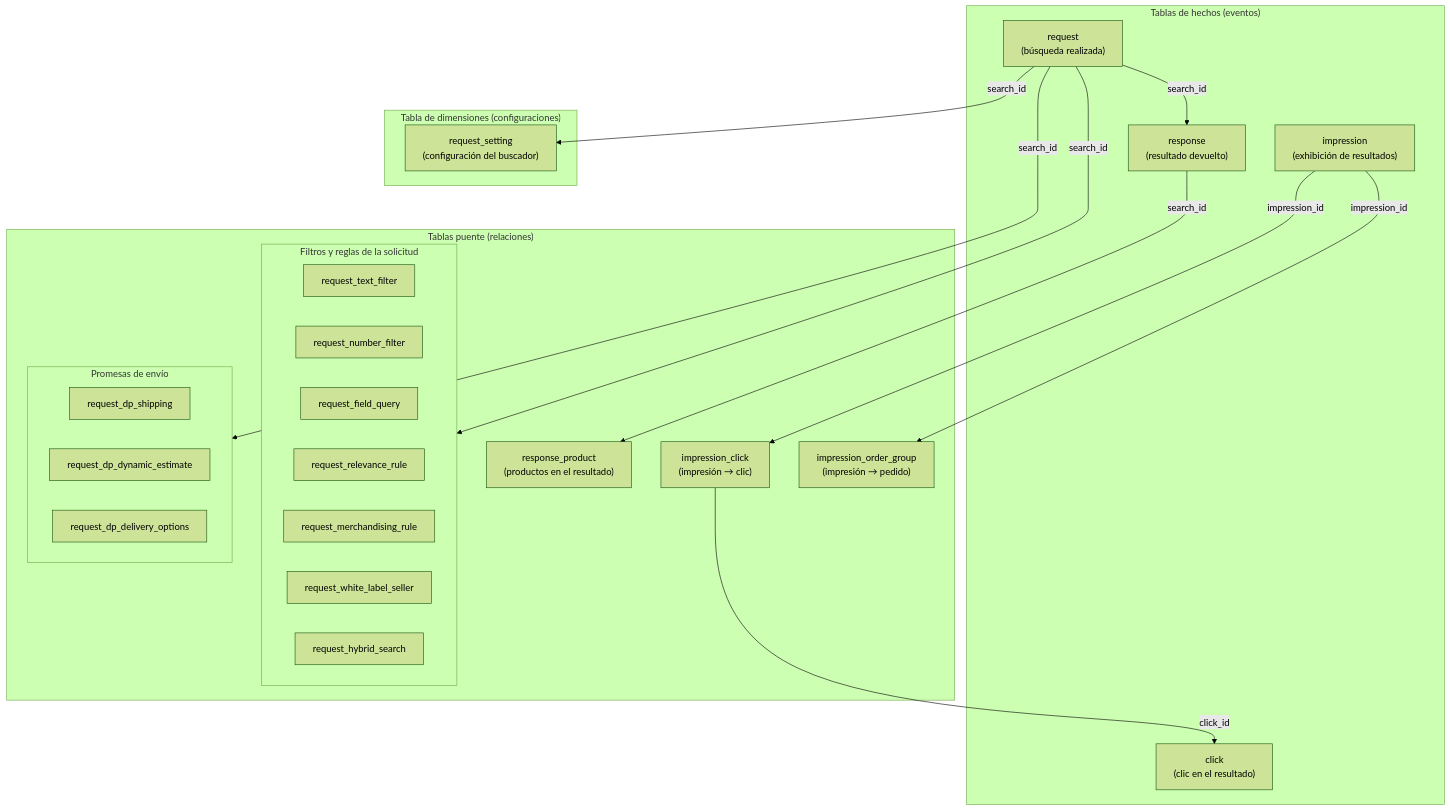
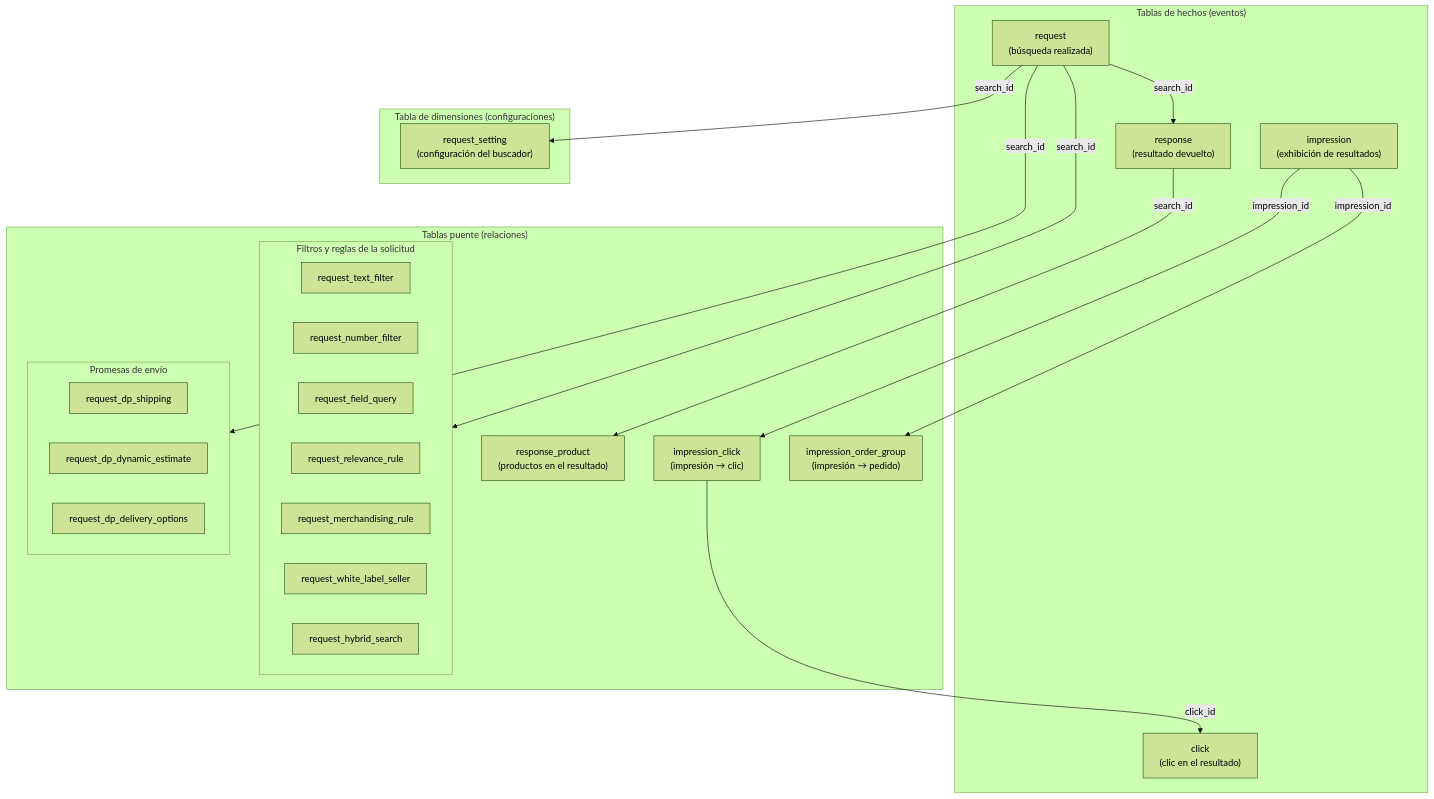
One commit to vtexdocs/help-center-content changed the first of 4 diagrams in docs/es/tutorials/beta/vtex-data-pipeline-beta/busqueda-y-recomendaciones-data-pipeline.md. Above: the diagram before and after it, drawn with Mermaid (forest theme). The commit also changed other lines of this file and 5 other files, not shown here.

````diff
--- a/docs/es/tutorials/beta/vtex-data-pipeline-beta/busqueda-y-recomendaciones-data-pipeline.md
+++ b/docs/es/tutorials/beta/vtex-data-pipeline-beta/busqueda-y-recomendaciones-data-pipeline.md
@@ -57,44 +57,45 @@
 ```mermaid
+%%{init: {'flowchart': {'htmlLabels': true, 'useMaxWidth': false, 'wrappingWidth': 220, 'padding': 14}}}%%
 flowchart TB
     subgraph HECHOS["Tablas de hechos (eventos)"]
-        tbl_request["request\n(búsqueda realizada)"]
-        tbl_response["response\n(resultado devuelto)"]
-        tbl_click["click\n(clic en el resultado)"]
-        tbl_impression["impression\n(exhibición de resultados)"]
+        tbl_request["request<br/>(búsqueda realizada)"]
+        tbl_response["response<br/>(resultado devuelto)"]
+        tbl_click["click<br/>(clic en el resultado)"]
+        tbl_impression["impression<br/>(exhibición de resultados)"]
     end
 
     subgraph PUENTE["Tablas puente (relaciones)"]
-        tbl_response_product["response_product\n(productos en el resultado)"]
-        tbl_impression_click["impression_click\n(impresión → clic)"]
-        tbl_impression_order_group["impression_order_group\n(impresión → pedido)"]
+        tbl_response_product["response_product<br/>(productos en el resultado)"]
+        tbl_impression_click["impression_click<br/>(impresión → clic)"]
+        tbl_impression_order_group["impression_order_group<br/>(impresión → pedido)"]
 
         subgraph FILTROS["Filtros y reglas de la solicitud"]
             tbl_text_filter["request_text_filter"]
             tbl_number_filter["request_number_filter"]
             tbl_field_query["request_field_query"]
             tbl_relevance_rule["request_relevance_rule"]
             tbl_merchandising_rule["request_merchandising_rule"]
             tbl_white_label_seller["request_white_label_seller"]
             tbl_hybrid_search["request_hybrid_search"]
         end
 
         subgraph DP["Promesas de envío"]
             tbl_dp_shipping["request_dp_shipping"]
             tbl_dp_dynamic_estimate["request_dp_dynamic_estimate"]
             tbl_dp_delivery_options["request_dp_delivery_options"]
         end
     end
 
     subgraph DIMENSIONES["Tabla de dimensiones (configuraciones)"]
-        tbl_request_setting["request_setting\n(configuración del buscador)"]
+        tbl_request_setting["request_setting<br/>(configuración del buscador)"]
     end
 
     tbl_request -->|search_id| tbl_response
     tbl_response -->|search_id| tbl_response_product
     tbl_impression -->|impression_id| tbl_impression_click
     tbl_impression_click -->|click_id| tbl_click
     tbl_impression -->|impression_id| tbl_impression_order_group
     tbl_request -->|search_id| tbl_request_setting
     tbl_request -->|search_id| FILTROS
     tbl_request -->|search_id| DP
 ```
````
